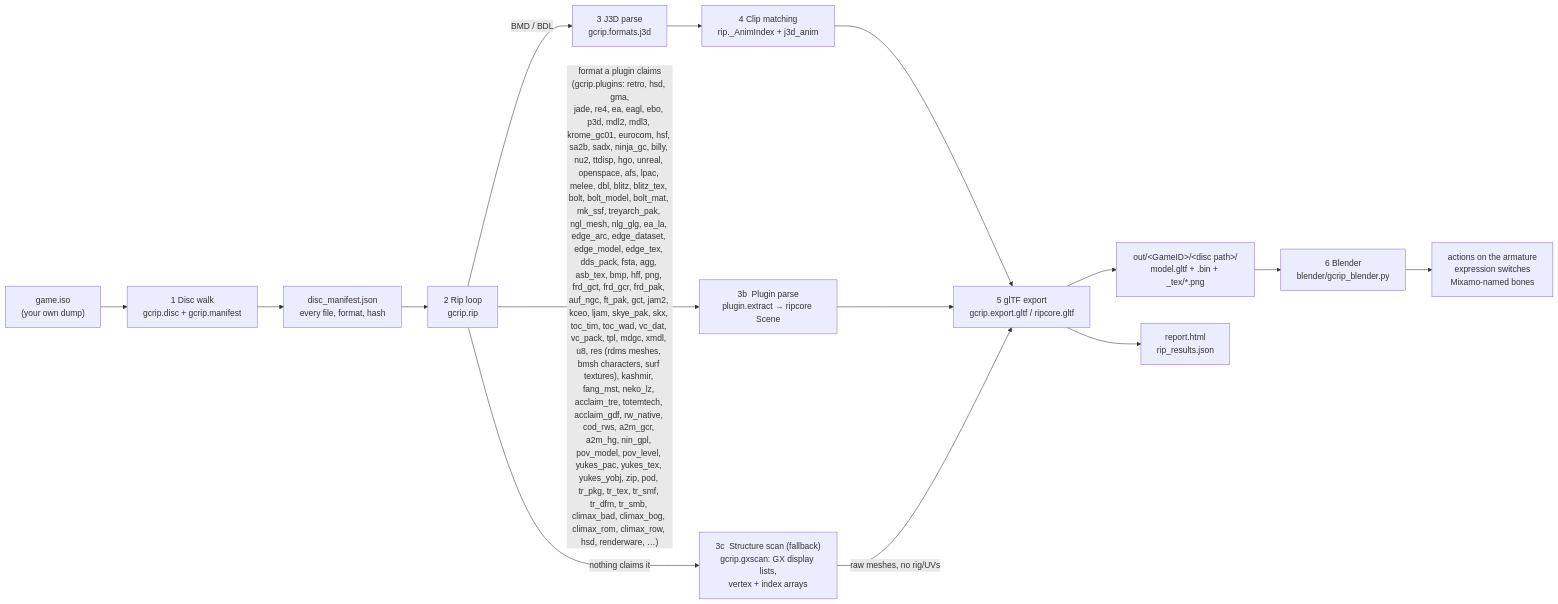
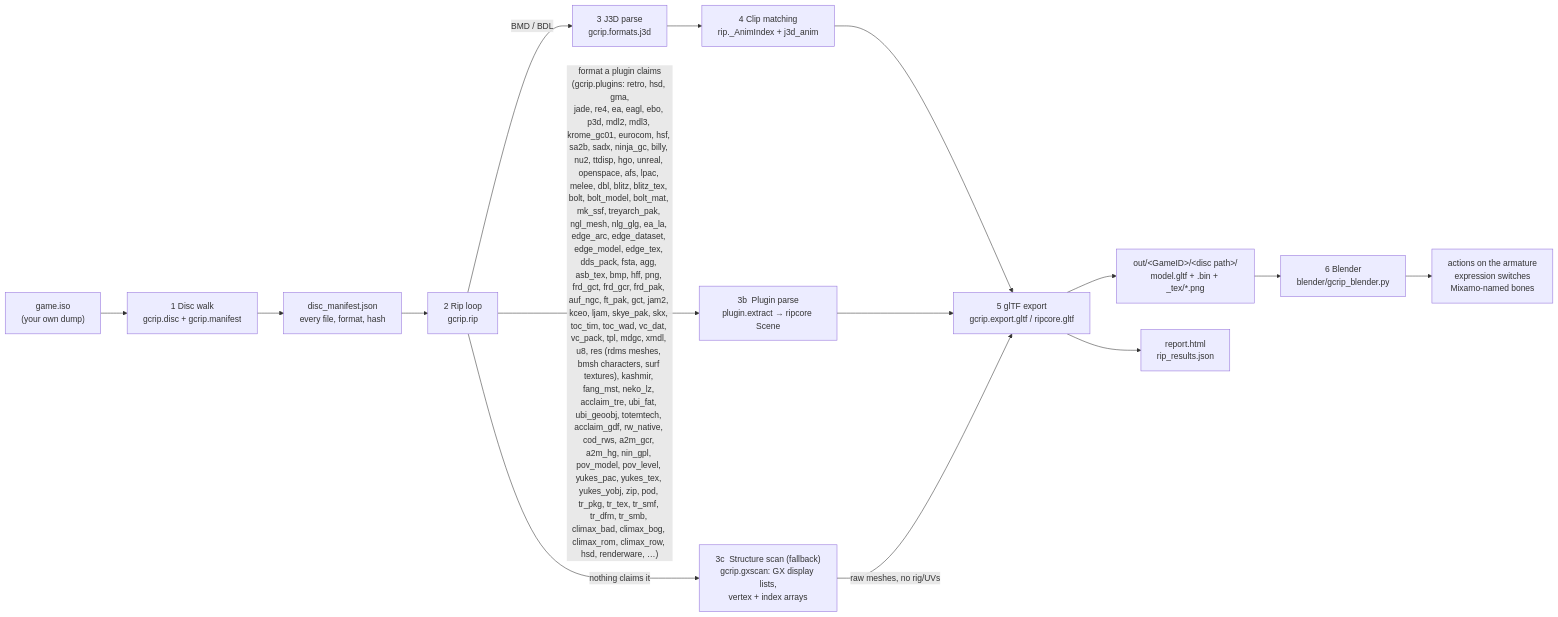
Before and after one commit to Felbs/3d-ripper-9000: the first of 10 diagrams in docs/PIPELINE.md, drawn with Mermaid. The commit also changed 9 other files, not shown here.

Commit message:
gcrip ubi_fat + ubi_geoobj: Ubisoft .fat/.000 LZO archives (Batman Vengeance, Rise of Sin Tzu), Sin Tzu geoobj.bin strips and .tsd pictures; lzo.decompress gains history

````diff
--- a/docs/PIPELINE.md
+++ b/docs/PIPELINE.md
@@ -11,17 +11,17 @@
 ```mermaid
 flowchart LR
     ISO["game.iso<br/>(your own dump)"] --> WALK["1  Disc walk<br/>gcrip.disc + gcrip.manifest"]
     WALK --> MAN["disc_manifest.json<br/>every file, format, hash"]
     MAN --> RIP["2  Rip loop<br/>gcrip.rip"]
     RIP -->|"BMD / BDL"| J3D["3  J3D parse<br/>gcrip.formats.j3d"]
-    RIP -->|"format a plugin claims<br/>(gcrip.plugins: retro, hsd, gma,<br/>jade, re4, ea, eagl, ebo, p3d, mdl2, mdl3, krome_gc01, eurocom, hsf, sa2b, sadx, ninja_gc, billy, nu2, ttdisp, hgo, unreal, openspace, afs, lpac, melee, dbl, blitz, blitz_tex, bolt, bolt_model, bolt_mat, mk_ssf, treyarch_pak, ngl_mesh, nlg_glg, ea_la, edge_arc, edge_dataset, edge_model, edge_tex, dds_pack, fsta, agg, asb_tex, bmp, hff, png, frd_gct, frd_gcr, frd_pak, auf_ngc, ft_pak, gct, jam2, kceo, ljam, skye_pak, skx, toc_tim, toc_wad, vc_dat, vc_pack, tpl, mdgc, xmdl, u8, res (rdms meshes, bmsh characters, surf textures), kashmir, fang_mst, neko_lz, acclaim_tre, totemtech, acclaim_gdf, rw_native, cod_rws, a2m_gcr, a2m_hg, nin_gpl, pov_model, pov_level, yukes_pac, yukes_tex, yukes_yobj, zip, pod, tr_pkg, tr_tex, tr_smf, tr_dfm, tr_smb, climax_bad, climax_bog, climax_rom, climax_row, hsd, renderware, …)"| PLUG["3b  Plugin parse<br/>plugin.extract → ripcore Scene"]
+    RIP -->|"format a plugin claims<br/>(gcrip.plugins: retro, hsd, gma,<br/>jade, re4, ea, eagl, ebo, p3d, mdl2, mdl3, krome_gc01, eurocom, hsf, sa2b, sadx, ninja_gc, billy, nu2, ttdisp, hgo, unreal, openspace, afs, lpac, melee, dbl, blitz, blitz_tex, bolt, bolt_model, bolt_mat, mk_ssf, treyarch_pak, ngl_mesh, nlg_glg, ea_la, edge_arc, edge_dataset, edge_model, edge_tex, dds_pack, fsta, agg, asb_tex, bmp, hff, png, frd_gct, frd_gcr, frd_pak, auf_ngc, ft_pak, gct, jam2, kceo, ljam, skye_pak, skx, toc_tim, toc_wad, vc_dat, vc_pack, tpl, mdgc, xmdl, u8, res (rdms meshes, bmsh characters, surf textures), kashmir, fang_mst, neko_lz, acclaim_tre, ubi_fat, ubi_geoobj, totemtech, acclaim_gdf, rw_native, cod_rws, a2m_gcr, a2m_hg, nin_gpl, pov_model, pov_level, yukes_pac, yukes_tex, yukes_yobj, zip, pod, tr_pkg, tr_tex, tr_smf, tr_dfm, tr_smb, climax_bad, climax_bog, climax_rom, climax_row, hsd, renderware, …)"| PLUG["3b  Plugin parse<br/>plugin.extract → ripcore Scene"]
     RIP -->|"nothing claims it"| GX["3c  Structure scan (fallback)<br/>gcrip.gxscan: GX display lists,<br/>vertex + index arrays"]
     J3D --> ANIM["4  Clip matching<br/>rip._AnimIndex + j3d_anim"]
     ANIM --> GLTF["5  glTF export<br/>gcrip.export.gltf / ripcore.gltf"]
     PLUG --> GLTF
     GX -->|"raw meshes, no rig/UVs"| GLTF
     GLTF --> OUT["out/&lt;GameID&gt;/&lt;disc path&gt;/<br/>model.gltf + .bin + _tex/*.png"]
     GLTF --> REP["report.html<br/>rip_results.json"]
     OUT --> BL["6  Blender<br/>blender/gcrip_blender.py"]
     BL --> PLAY["actions on the armature<br/>expression switches<br/>Mixamo-named bones"]
 ```
````
